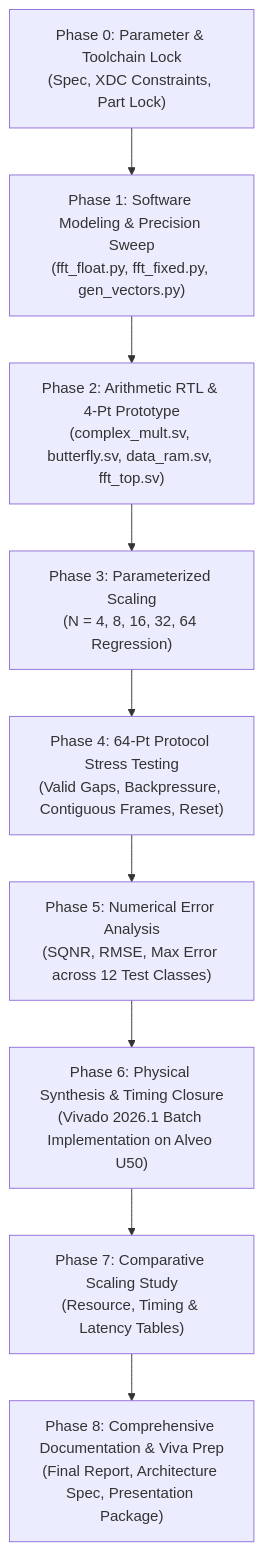
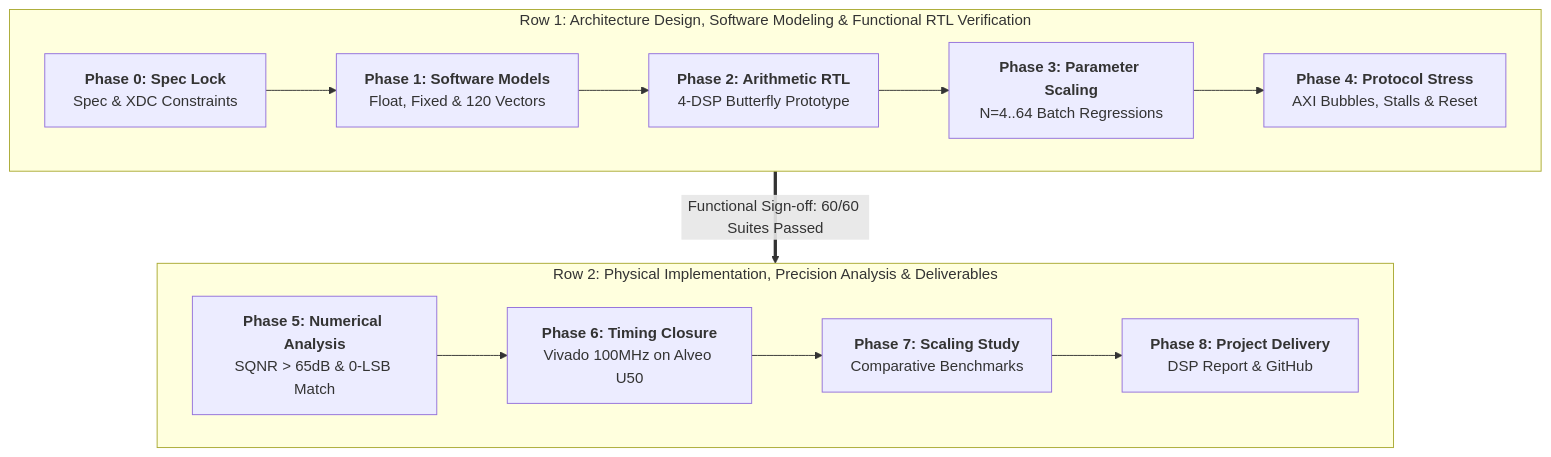
One commit to JaganKSwain/FPGA-FFT-Accelerator changed the diagram in docs/figures/diagrams/procedure_flowchart.mmd. Above: the diagram before and after it, drawn with Mermaid. The commit also changed 5 other files, not shown here.

Commit message:
Shorten procedure flowchart into compact 2-row layout and update DSP_Report.docx

```diff
--- a/docs/figures/diagrams/procedure_flowchart.mmd
+++ b/docs/figures/diagrams/procedure_flowchart.mmd
@@ -1,9 +1,17 @@
-flowchart TD
-    P0["Phase 0: Parameter & Toolchain Lock<br/>(Spec, XDC Constraints, Part Lock)"] --> P1["Phase 1: Software Modeling & Precision Sweep<br/>(fft_float.py, fft_fixed.py, gen_vectors.py)"]
-    P1 --> P2["Phase 2: Arithmetic RTL & 4-Pt Prototype<br/>(complex_mult.sv, butterfly.sv, data_ram.sv, fft_top.sv)"]
-    P2 --> P3["Phase 3: Parameterized Scaling<br/>(N = 4, 8, 16, 32, 64 Regression)"]
-    P3 --> P4["Phase 4: 64-Pt Protocol Stress Testing<br/>(Valid Gaps, Backpressure, Contiguous Frames, Reset)"]
-    P4 --> P5["Phase 5: Numerical Error Analysis<br/>(SQNR, RMSE, Max Error across 12 Test Classes)"]
-    P5 --> P6["Phase 6: Physical Synthesis & Timing Closure<br/>(Vivado 2026.1 Batch Implementation on Alveo U50)"]
-    P6 --> P7["Phase 7: Comparative Scaling Study<br/>(Resource, Timing & Latency Tables)"]
-    P7 --> P8["Phase 8: Comprehensive Documentation & Viva Prep<br/>(Final Report, Architecture Spec, Presentation Package)"]
+flowchart TB
+    subgraph Row1 ["Row 1: Architecture Design, Software Modeling & Functional RTL Verification"]
+        direction LR
+        P0["<b>Phase 0: Spec Lock</b><br/>Spec & XDC Constraints"] --> P1["<b>Phase 1: Software Models</b><br/>Float, Fixed & 120 Vectors"]
+        P1 --> P2["<b>Phase 2: Arithmetic RTL</b><br/>4-DSP Butterfly Prototype"]
+        P2 --> P3["<b>Phase 3: Parameter Scaling</b><br/>N=4..64 Batch Regressions"]
+        P3 --> P4["<b>Phase 4: Protocol Stress</b><br/>AXI Bubbles, Stalls & Reset"]
+    end
+
+    subgraph Row2 ["Row 2: Physical Implementation, Precision Analysis & Deliverables"]
+        direction LR
+        P5["<b>Phase 5: Numerical Analysis</b><br/>SQNR > 65dB & 0-LSB Match"] --> P6["<b>Phase 6: Timing Closure</b><br/>Vivado 100MHz on Alveo U50"]
+        P6 --> P7["<b>Phase 7: Scaling Study</b><br/>Comparative Benchmarks"]
+        P7 --> P8["<b>Phase 8: Project Delivery</b><br/>DSP Report & GitHub"]
+    end
+
+    Row1 ==>|Functional Sign-off: 60/60 Suites Passed| Row2
```
